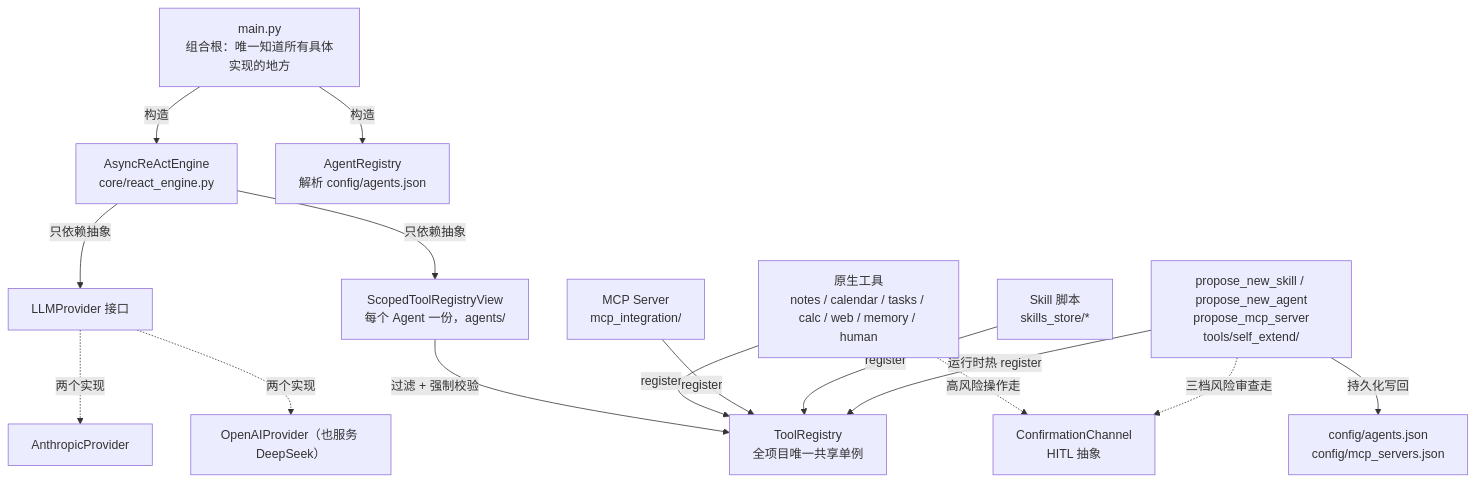
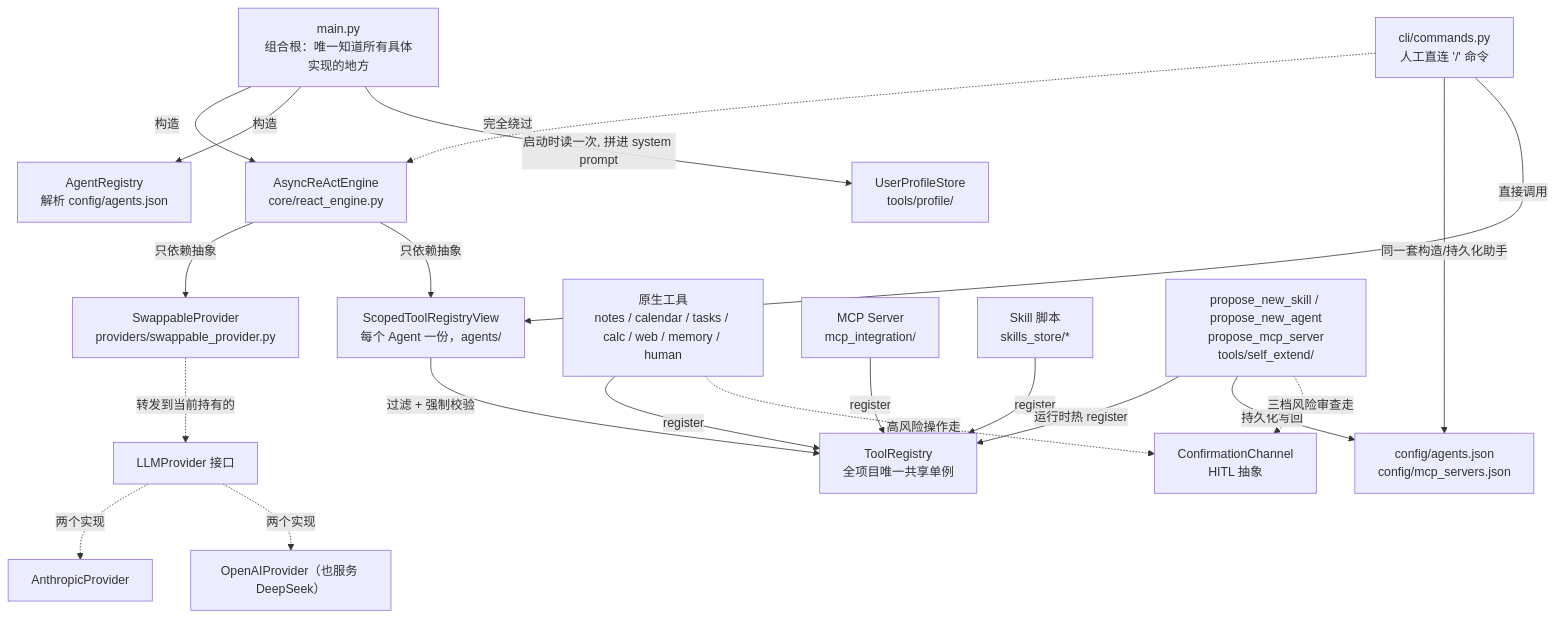
Before and after one commit to jiandanchaofan/AuraAgent: the first of 2 diagrams in README.md, drawn with Mermaid. The commit also changed other lines of this file, not shown here.

First line of the commit message:
README: add per-module architecture breakdown

````diff
--- a/README.md
+++ b/README.md
@@ -104,23 +104,29 @@
 ```mermaid
 graph TD
     Main["main.py<br/>组合根：唯一知道所有具体实现的地方"]
 
     Main -->|构造| Engine["AsyncReActEngine<br/>core/react_engine.py"]
     Main -->|构造| AgentReg["AgentRegistry<br/>解析 config/agents.json"]
+    Main -->|启动时读一次, 拼进 system prompt| Profile["UserProfileStore<br/>tools/profile/"]
 
-    Engine -->|只依赖抽象| LLMProvider["LLMProvider 接口"]
+    Engine -->|只依赖抽象| SwapProvider["SwappableProvider<br/>providers/swappable_provider.py"]
+    SwapProvider -.转发到当前持有的.-> LLMProvider["LLMProvider 接口"]
     LLMProvider -.两个实现.-> Anthropic["AnthropicProvider"]
     LLMProvider -.两个实现.-> OpenAI["OpenAIProvider（也服务 DeepSeek）"]
 
     Engine -->|只依赖抽象| ToolView["ScopedToolRegistryView<br/>每个 Agent 一份，agents/"]
     ToolView -->|过滤 + 强制校验| Registry["ToolRegistry<br/>全项目唯一共享单例"]
 
     Native["原生工具<br/>notes / calendar / tasks / calc / web / memory / human"] -->|register| Registry
     MCPSrc["MCP Server<br/>mcp_integration/"] -->|register| Registry
     SkillSrc["Skill 脚本<br/>skills_store/*"] -->|register| Registry
     SelfExtend["propose_new_skill / propose_new_agent<br/>propose_mcp_server<br/>tools/self_extend/"] -->|运行时热 register| Registry
     SelfExtend -->|持久化写回| ConfigFiles["config/agents.json<br/>config/mcp_servers.json"]
 
+    CLI["cli/commands.py<br/>人工直连 '/' 命令"] -.完全绕过.-> Engine
+    CLI -->|同一套构造/持久化助手| ConfigFiles
+    CLI -->|直接调用| ToolView
+
     Native -.高风险操作走.-> Confirmation["ConfirmationChannel<br/>HITL 抽象"]
     SelfExtend -.三档风险审查走.-> Confirmation
 ```
````
